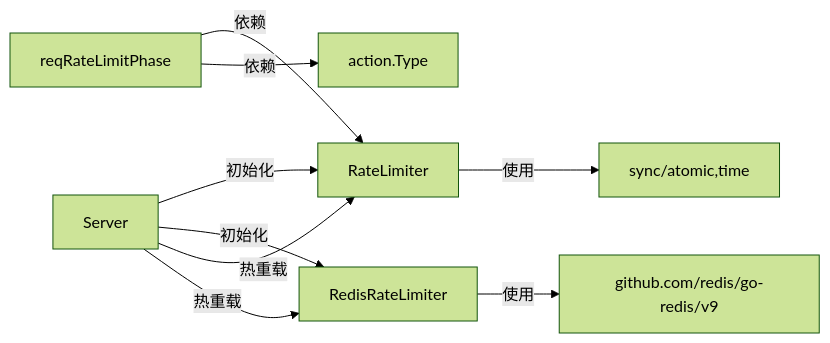
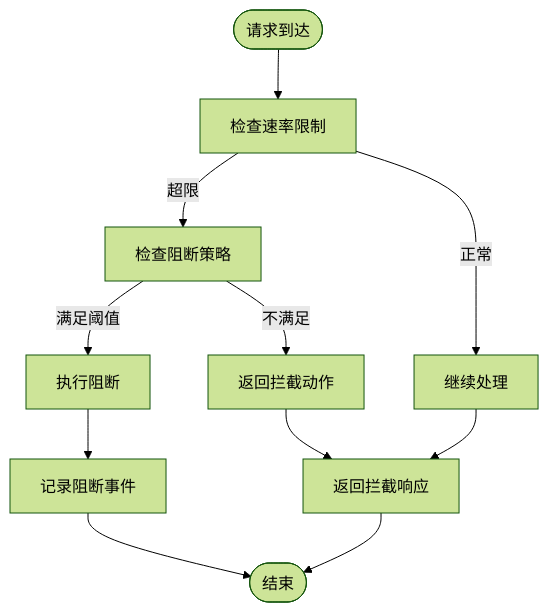
One commit to x01n/My-OpenWaf changed the seventh of 7 diagrams in docs/WAF 引擎系统/处理阶段详解/请求速率限制阶段.md. Above: the diagram before and after it, drawn with Mermaid (forest theme). The commit also changed other lines of this file and 199 other files, not shown here.

````diff
--- a/docs/WAF 引擎系统/处理阶段详解/请求速率限制阶段.md
+++ b/docs/WAF 引擎系统/处理阶段详解/请求速率限制阶段.md
@@ -256,11 +364,13 @@
 ```mermaid
-graph LR
-RL["RateLimiter"] --> |使用| Std["sync/atomic,time"]
-RRL["RedisRateLimiter"] --> |使用| GoRedis["github.com/redis/go-redis/v9"]
-PH["reqRateLimitPhase"] --> |依赖| RL
-PH --> |依赖| ACT["action.Type"]
-Srv["Server"] --> |初始化| RL
-Srv --> |初始化| RRL
-Srv --> |热重载| RL
-Srv --> |热重载| RRL
+flowchart TD
+Start(["请求到达"]) --> CheckRate["检查速率限制"]
+CheckRate --> |正常| Normal["继续处理"]
+CheckRate --> |超限| CheckDrop["检查阻断策略"]
+CheckDrop --> |满足阈值| Drop["执行阻断"]
+CheckDrop --> |不满足| Block["返回拦截动作"]
+Drop --> Record["记录阻断事件"]
+Block --> Response["返回拦截响应"]
+Normal --> Response
+Record --> End(["结束"])
+Response --> End
 ```
````
